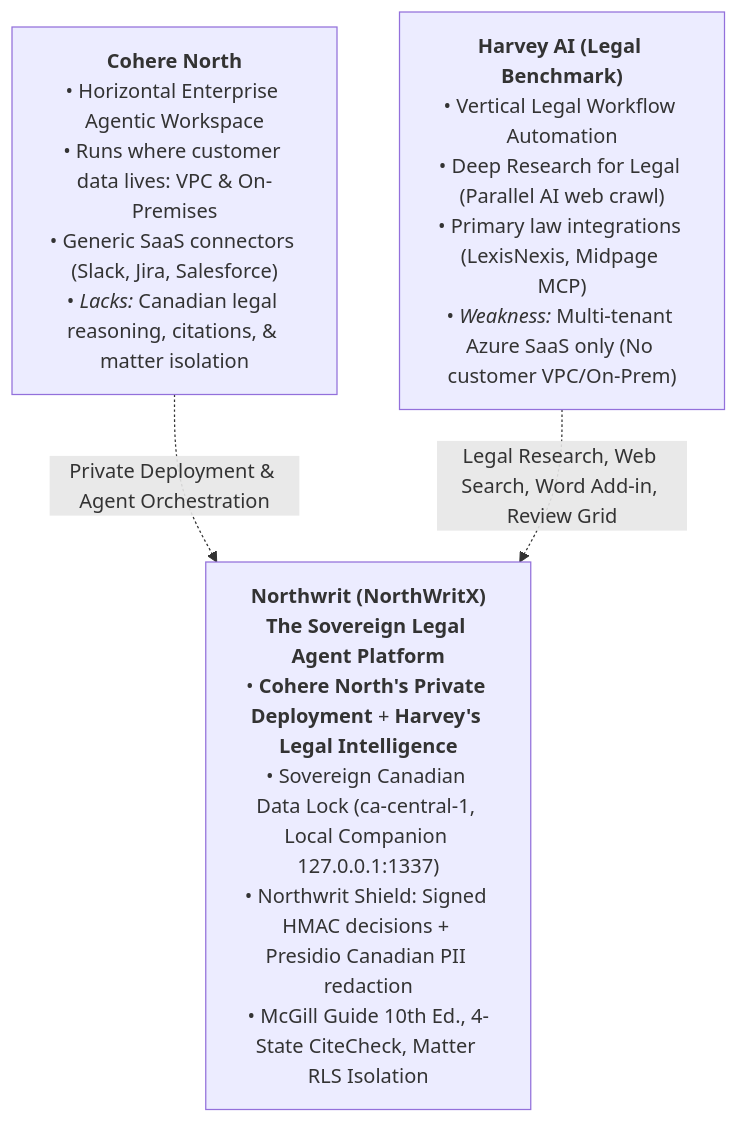
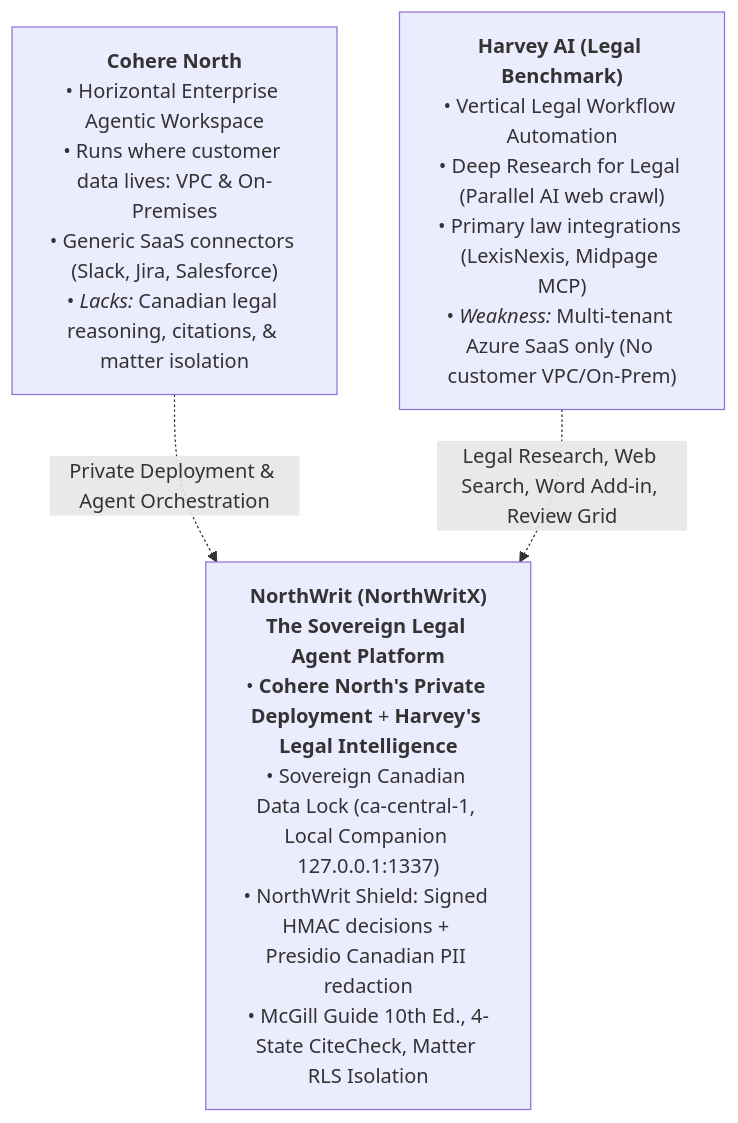
One commit to VenkataAnilKumar/NorthWritX changed the diagram in docs/06-technical/Northwrit_Platform-Layers-and-Surfaces.md. Above: the diagram before and after it, drawn with Mermaid. The commit also changed other lines of this file and 47 other files, not shown here.

Commit message:
docs: document NorthWrit capabilities architecture and operations

````diff
--- a/docs/06-technical/Northwrit_Platform-Layers-and-Surfaces.md
+++ b/docs/06-technical/Northwrit_Platform-Layers-and-Surfaces.md
@@ -14,11 +16,11 @@
 ```mermaid
 flowchart TD
     CN["<b>Cohere North</b><br>• Horizontal Enterprise Agentic Workspace<br>• Runs where customer data lives: VPC & On-Premises<br>• Generic SaaS connectors (Slack, Jira, Salesforce)<br>• <i>Lacks:</i> Canadian legal reasoning, citations, & matter isolation"]
     
     H["<b>Harvey AI (Legal Benchmark)</b><br>• Vertical Legal Workflow Automation<br>• Deep Research for Legal (Parallel AI web crawl)<br>• Primary law integrations (LexisNexis, Midpage MCP)<br>• <i>Weakness:</i> Multi-tenant Azure SaaS only (No customer VPC/On-Prem)"]
     
-    NW["<b>Northwrit (NorthWritX)</b><br><b>The Sovereign Legal Agent Platform</b><br>• <b>Cohere North's Private Deployment</b> + <b>Harvey's Legal Intelligence</b><br>• Sovereign Canadian Data Lock (ca-central-1, Local Companion 127.0.0.1:1337)<br>• Northwrit Shield: Signed HMAC decisions + Presidio Canadian PII redaction<br>• McGill Guide 10th Ed., 4-State CiteCheck, Matter RLS Isolation"]
+    NW["<b>NorthWrit (NorthWritX)</b><br><b>The Sovereign Legal Agent Platform</b><br>• <b>Cohere North's Private Deployment</b> + <b>Harvey's Legal Intelligence</b><br>• Sovereign Canadian Data Lock (ca-central-1, Local Companion 127.0.0.1:1337)<br>• NorthWrit Shield: Signed HMAC decisions + Presidio Canadian PII redaction<br>• McGill Guide 10th Ed., 4-State CiteCheck, Matter RLS Isolation"]
 
     CN -.->|Private Deployment & Agent Orchestration| NW
     H -.->|Legal Research, Web Search, Word Add-in, Review Grid| NW
 ```
````
